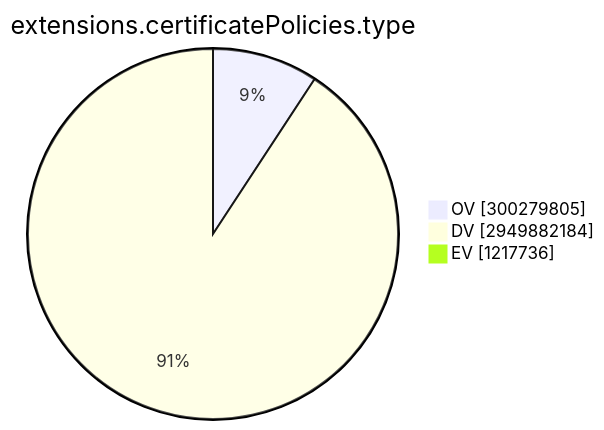
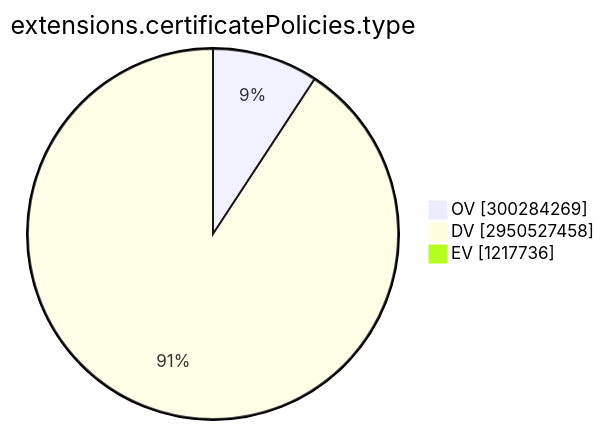
One commit to christiankrug/ctmonitor_visualization changed the ninth of 15 diagrams in TOTAL/README.md. Above: the diagram before and after it, drawn with Mermaid. The commit also changed other lines of this file, not shown here.

````diff
--- a/TOTAL/README.md
+++ b/TOTAL/README.md
@@ -3101,7 +3101,7 @@
 ```mermaid
 pie showData
 title extensions.certificatePolicies.type
-"OV" :300279805
-"DV" :2949882184
+"OV" :300284269
+"DV" :2950527458
 "EV" :1217736
 ```
````
